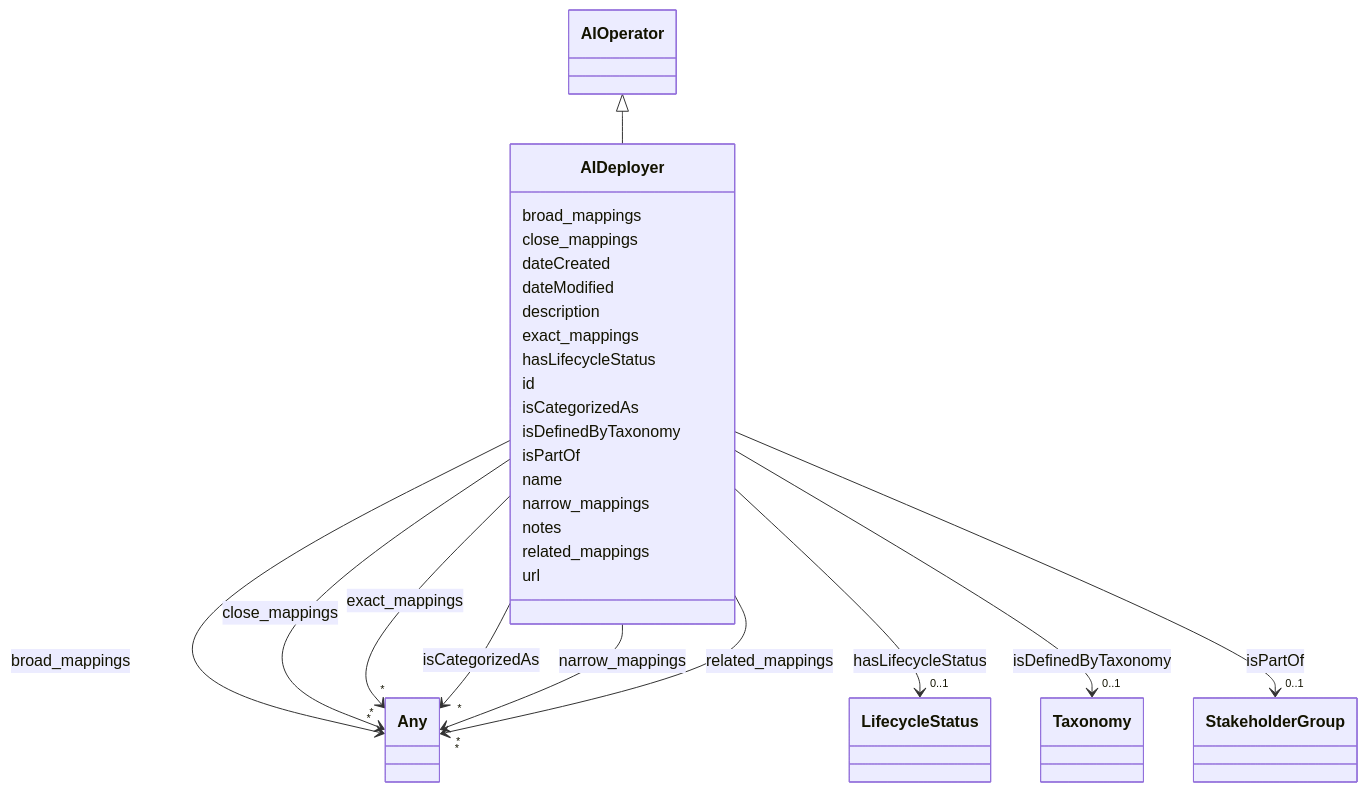
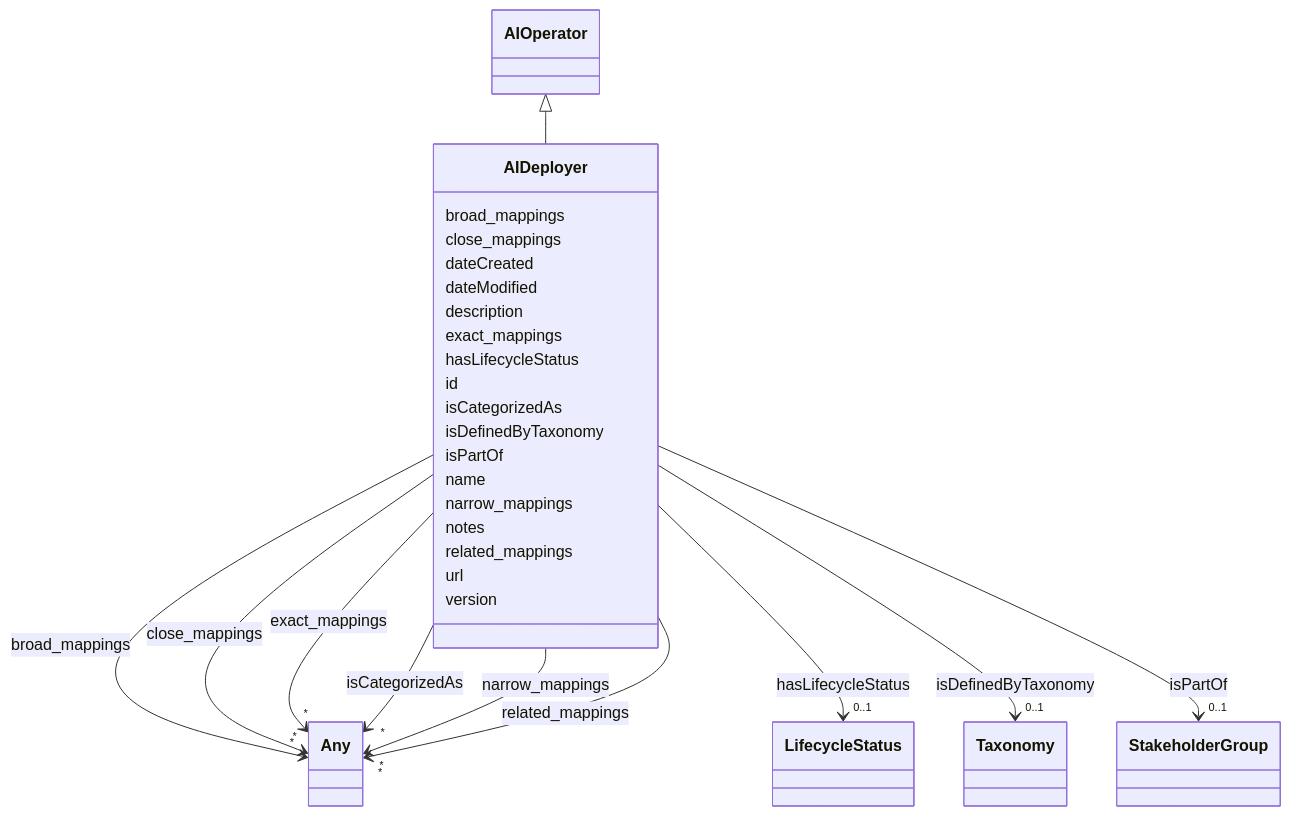
The diagram in docs/ontology/AIDeployer.md (IBM/ai-atlas-nexus), drawn with Mermaid before and after one commit. The commit also changed other lines of this file and 101 other files, not shown here.

````diff
--- a/docs/ontology/AIDeployer.md
+++ b/docs/ontology/AIDeployer.md
@@ -131,5 +131,7 @@
 
       AIDeployer : url
 
+      AIDeployer : version
+
 
 ```
````
